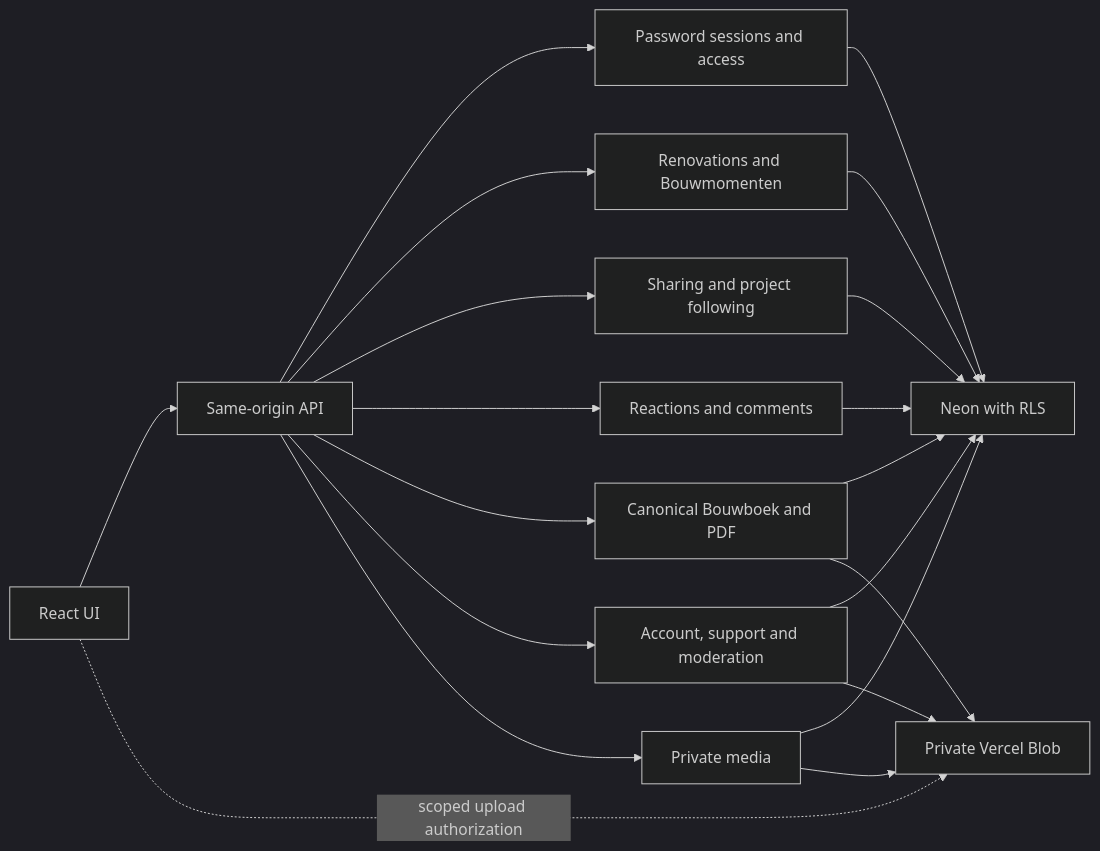
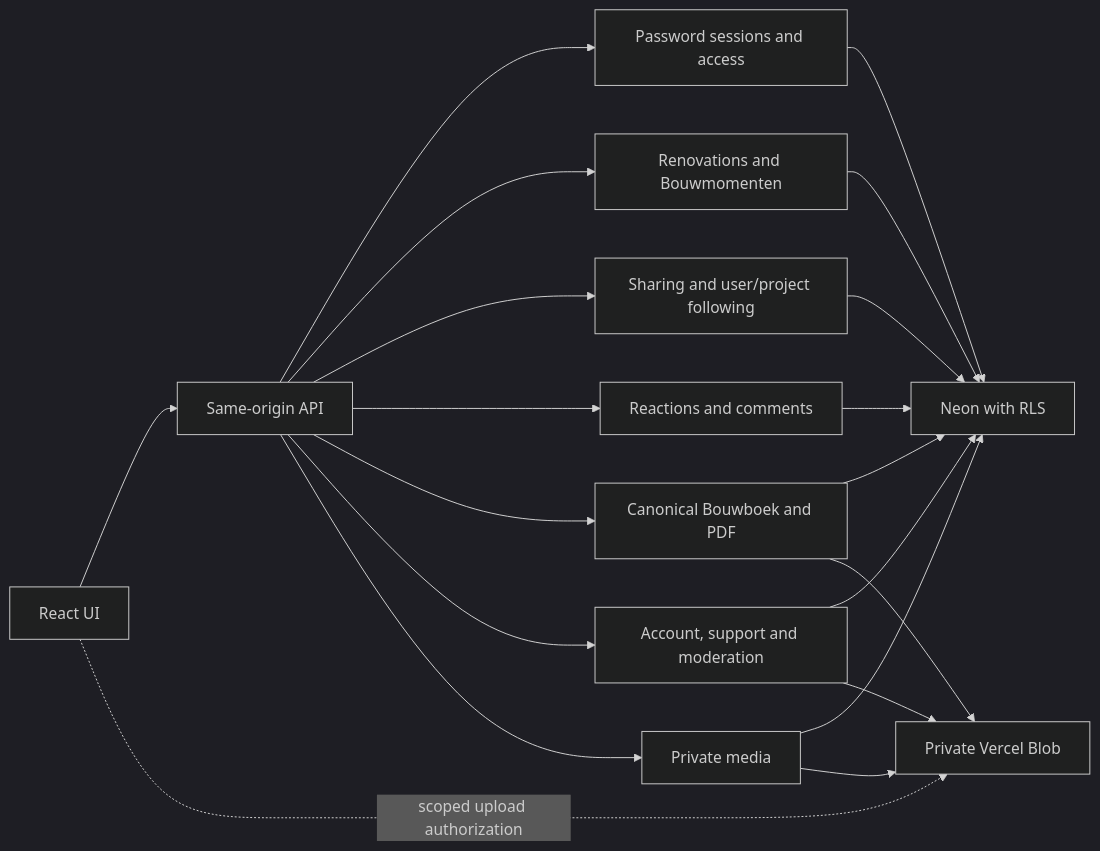
One commit to meestierolff/buildy changed the diagram in docs/architecture/GRAPH.md. Above: the diagram before and after it, drawn with Mermaid (dark theme). The commit also changed other lines of this file and 54 other files, not shown here.

Commit message:
Build mobile social stories and user following

````diff
--- a/docs/architecture/GRAPH.md
+++ b/docs/architecture/GRAPH.md
@@ -13,22 +13,22 @@
 ```mermaid
 flowchart LR
   U[React UI] --> H[Same-origin API]
   H --> A[Password sessions and access]
   H --> P[Renovations and Bouwmomenten]
-  H --> S[Sharing and project following]
+  H --> S[Sharing and user/project following]
   H --> E[Reactions and comments]
   H --> B[Canonical Bouwboek and PDF]
   H --> L[Account, support and moderation]
   H --> M[Private media]
   A --> D[Neon with RLS]
   P --> D
   S --> D
   E --> D
   B --> D
   L --> D
   M --> D
   M --> V[Private Vercel Blob]
   B --> V
   L --> V
   U -. scoped upload authorization .-> V
 ```
````
